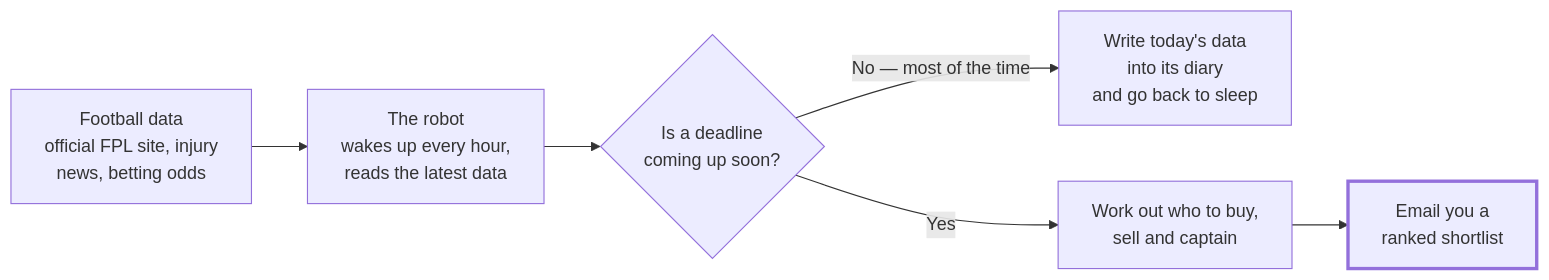
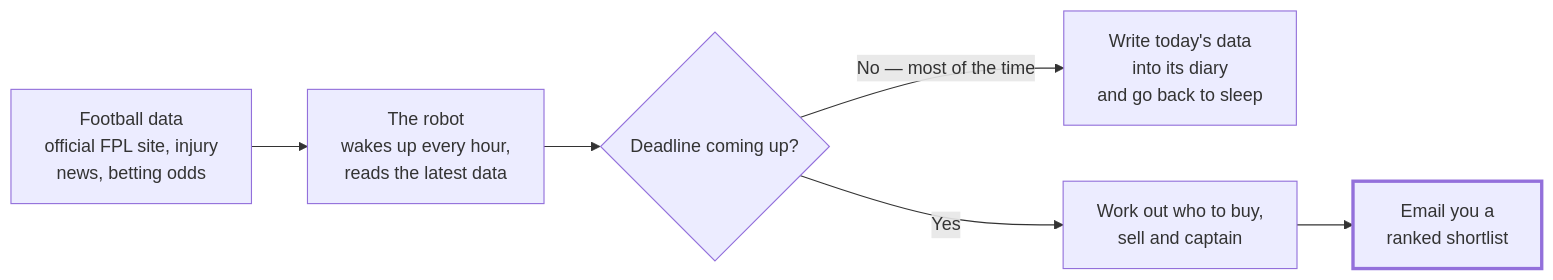
The first of 12 diagrams in docs/DIAGRAMS.md (MasonGallagher/FplBot), drawn with Mermaid before and after one commit. The commit also changed other lines of this file, not shown here.

````diff
--- a/docs/DIAGRAMS.md
+++ b/docs/DIAGRAMS.md
@@ -38,16 +38,16 @@
 ```mermaid
 flowchart LR
     A["Football data<br/>official FPL site, injury<br/>news, betting odds"]
     B["The robot<br/>wakes up every hour,<br/>reads the latest data"]
-    C{"Is a deadline<br/>coming up soon?"}
+    C{"Deadline coming up?"}
     D["Write today's data<br/>into its diary<br/>and go back to sleep"]
     E["Work out who to buy,<br/>sell and captain"]
     F["Email you a<br/>ranked shortlist"]
 
     A --> B --> C
     C -->|"No — most of the time"| D
     C -->|"Yes"| E --> F
 
     classDef emphasis stroke-width:3px
     class F emphasis
 ```
````
